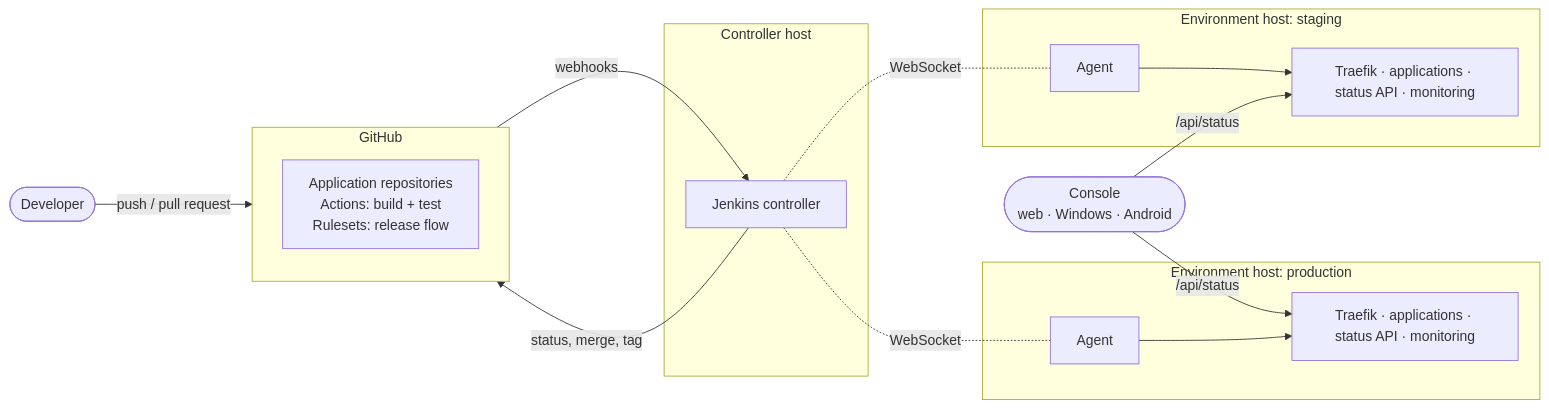
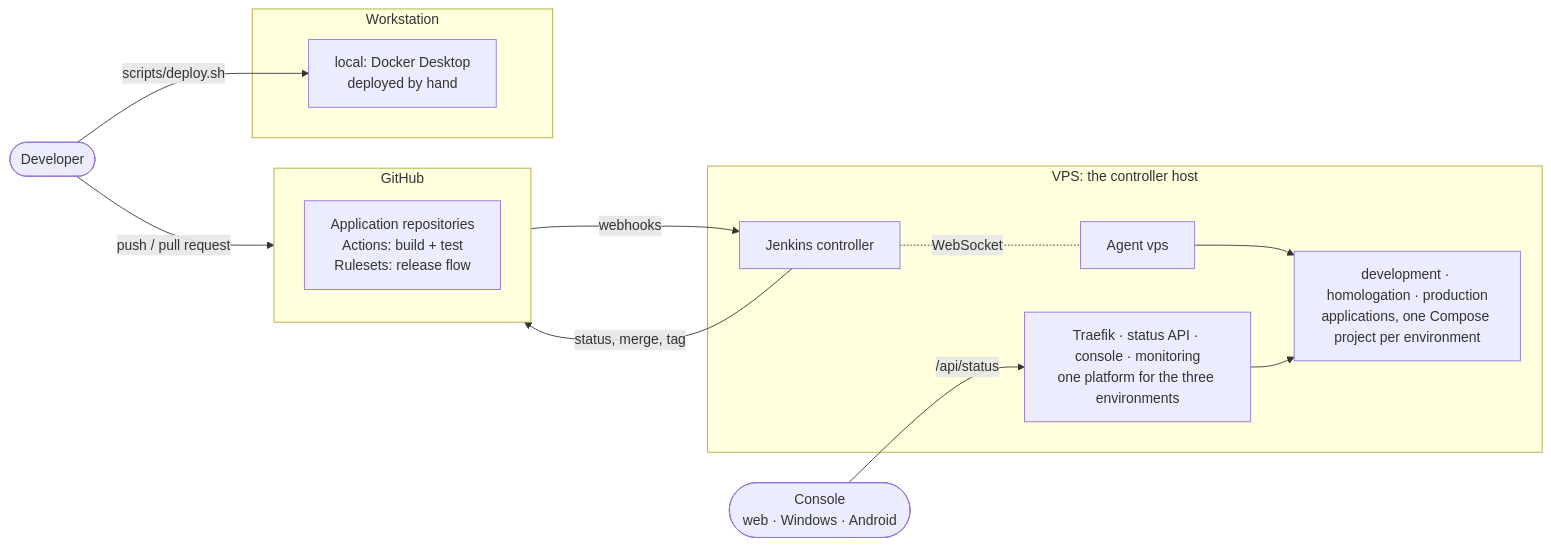
The first of 4 diagrams in README.md (artur-rios/yggdrasil), drawn with Mermaid before and after one commit. The commit also changed other lines of this file and 113 other files, not shown here.

First line of the commit message:
feat: run several environments on one host

````diff
--- a/README.md
+++ b/README.md
@@ -19,22 +21,19 @@
 ```mermaid
 flowchart LR
     dev([Developer]) -- push / pull request --> gh
     subgraph gh [GitHub]
         repos[Application repositories<br/>Actions: build + test<br/>Rulesets: release flow]
     end
+    subgraph vps [VPS: the controller host]
+        jc[Jenkins controller] -. WebSocket .- a1[Agent vps]
+        a1 --> envs[development · homologation · production<br/>applications, one Compose project per environment]
+        p1[Traefik · status API · console · monitoring<br/>one platform for the three environments] --> envs
+    end
     gh -- webhooks --> jc
-    subgraph ctl [Controller host]
-        jc[Jenkins controller]
+    jc -- status, merge, tag --> gh
+    subgraph ws [Workstation]
+        local[local: Docker Desktop<br/>deployed by hand]
     end
-    jc -. WebSocket .- a1
-    jc -. WebSocket .- a2
-    subgraph h1 [Environment host: staging]
-        a1[Agent] --> s1[Traefik · applications · status API · monitoring]
-    end
-    subgraph h2 [Environment host: production]
-        a2[Agent] --> s2[Traefik · applications · status API · monitoring]
-    end
-    jc -- status, merge, tag --> gh
-    console([Console<br/>web · Windows · Android]) -- /api/status --> s1
-    console -- /api/status --> s2
+    dev -- scripts/deploy.sh --> local
+    console([Console<br/>web · Windows · Android]) -- /api/status --> p1
 ```
````
